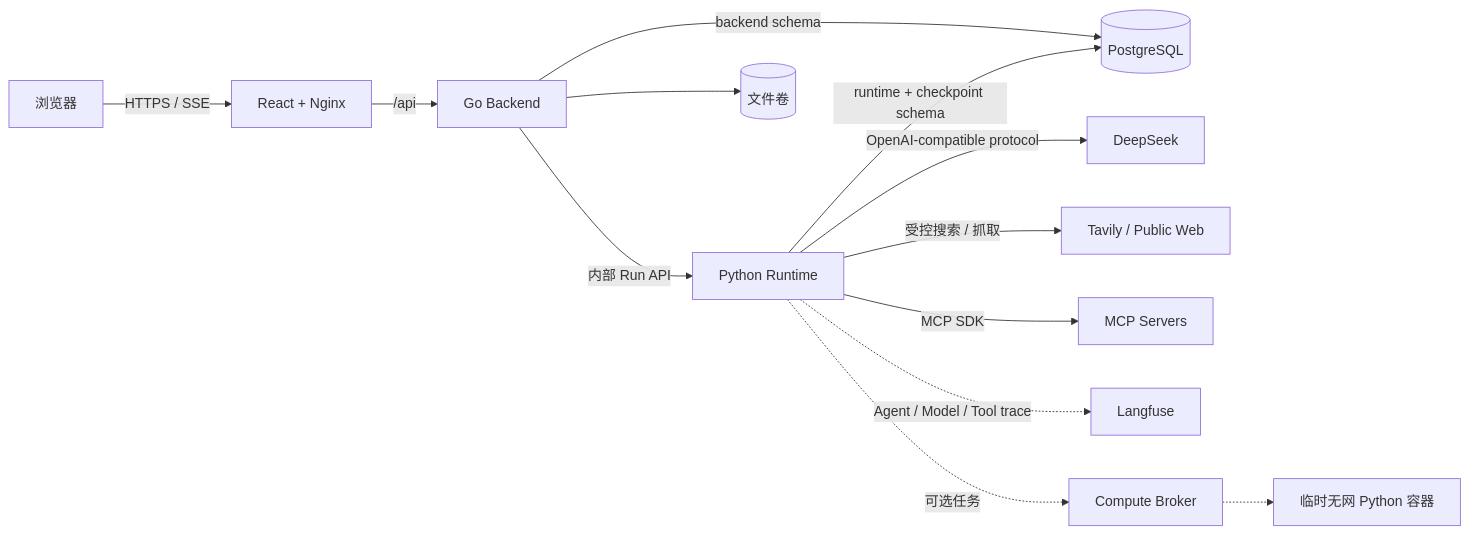
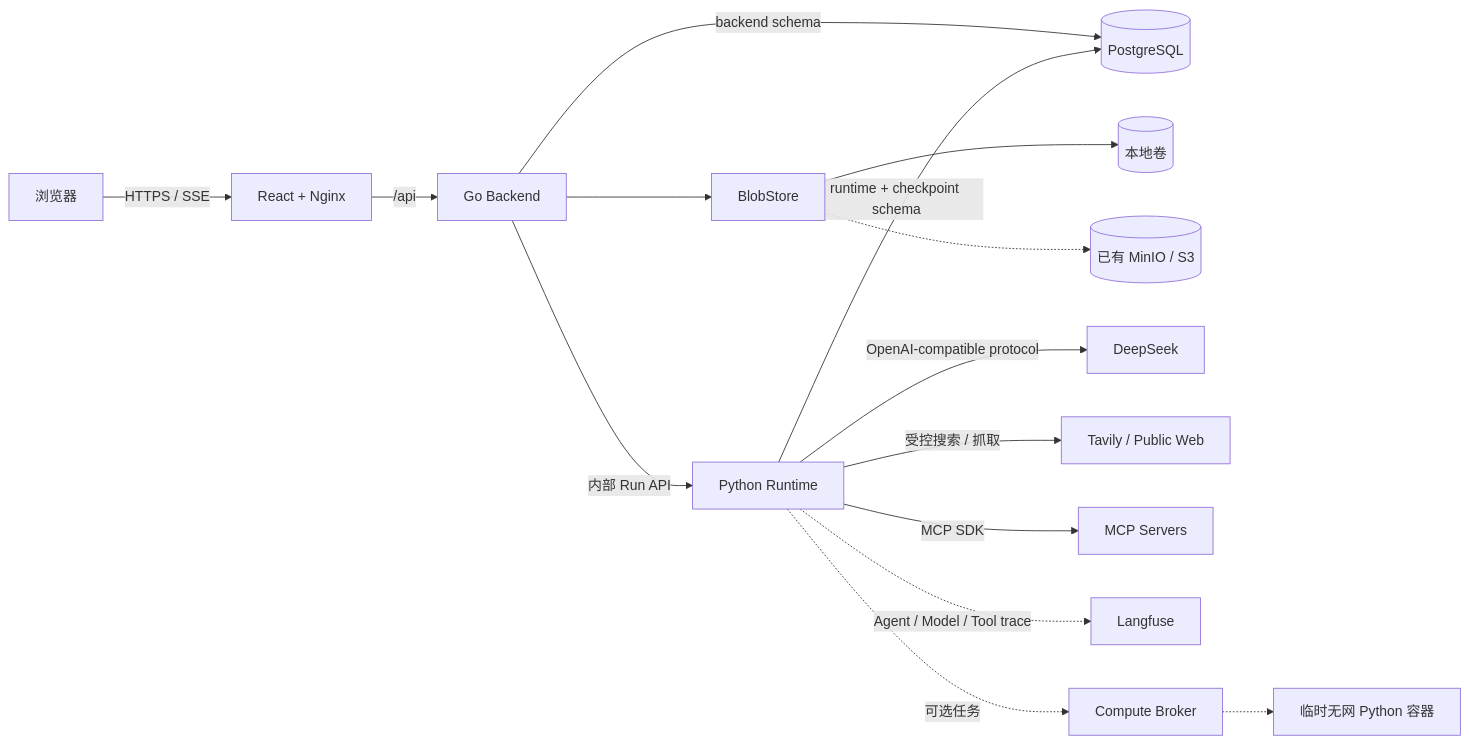
Before and after one commit to LuoJianXuan/personal-agent-workspace: the diagram in ARCHITECTURE.md, drawn with Mermaid. The commit also changed other lines of this file and 152 other files, not shown here.

````diff
--- a/ARCHITECTURE.md
+++ b/ARCHITECTURE.md
@@ -5,15 +5,17 @@
 ```mermaid
 flowchart LR
   U[浏览器] -->|HTTPS / SSE| W[React + Nginx]
   W -->|/api| B[Go Backend]
   B -->|内部 Run API| R[Python Runtime]
   B -->|backend schema| P[(PostgreSQL)]
   R -->|runtime + checkpoint schema| P
-  B --> F[(文件卷)]
+  B --> F[BlobStore]
+  F --> FS[(本地卷)]
+  F -.-> S3[(已有 MinIO / S3)]
   R -->|OpenAI-compatible protocol| M[DeepSeek]
   R -->|受控搜索 / 抓取| T[Tavily / Public Web]
   R -->|MCP SDK| C[MCP Servers]
   R -.->|Agent / Model / Tool trace| L[Langfuse]
   R -.->|可选任务| X[Compute Broker]
   X -.-> E[临时无网 Python 容器]
 ```
````
